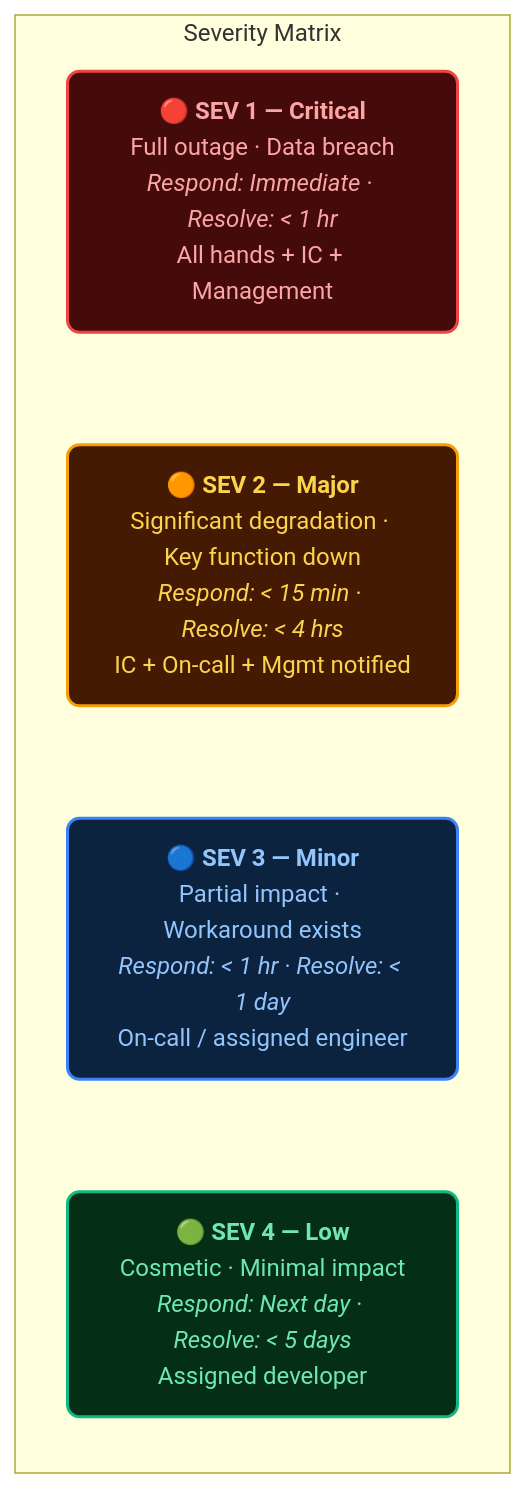
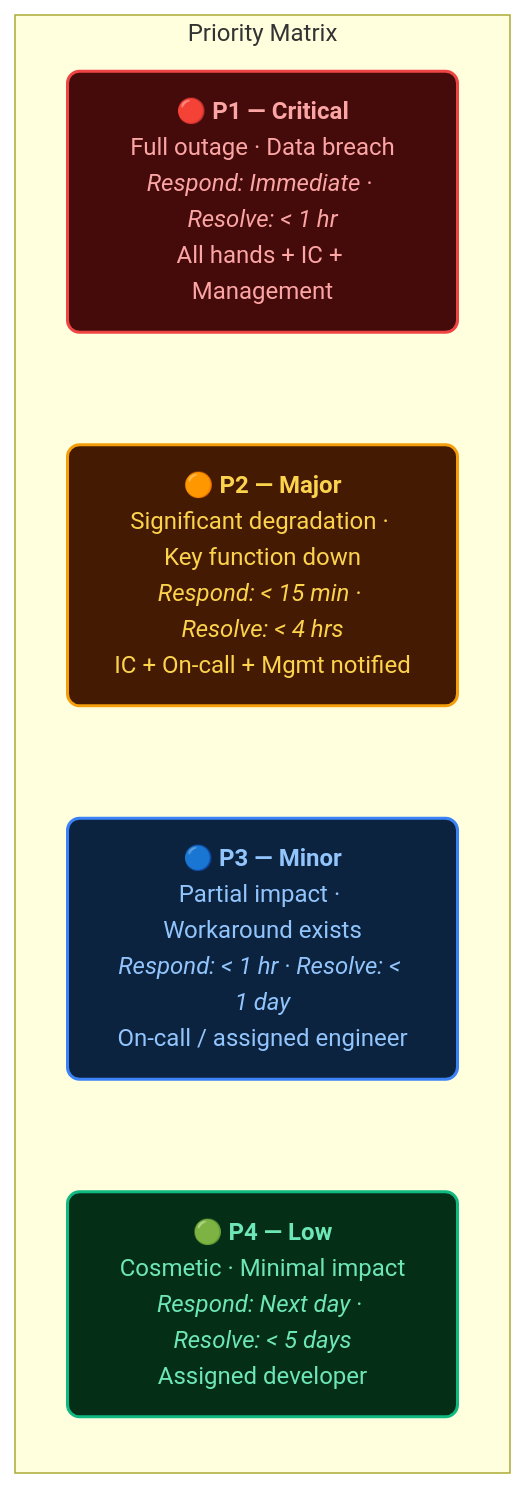
Before and after one commit to dsonerd/sharable: the third of 3 diagrams in solutions/incident-managment/swimlane-flow.md, drawn with Mermaid. The commit also changed other lines of this file and 5 other files, not shown here.

First line of the commit message:
Rename SEV to P (Priority) across all incident management files

````diff
--- a/solutions/incident-managment/swimlane-flow.md
+++ b/solutions/incident-managment/swimlane-flow.md
@@ -276,21 +276,21 @@
 ```mermaid
 flowchart LR
-    subgraph SEV["Severity Matrix"]
+    subgraph SEV["Priority Matrix"]
         direction TB
-        S1["🔴 <b>SEV 1 — Critical</b><br/>Full outage · Data breach<br/><i>Respond: Immediate · Resolve: < 1 hr</i><br/>All hands + IC + Management"]
-        S2["🟠 <b>SEV 2 — Major</b><br/>Significant degradation · Key function down<br/><i>Respond: < 15 min · Resolve: < 4 hrs</i><br/>IC + On-call + Mgmt notified"]
-        S3["🔵 <b>SEV 3 — Minor</b><br/>Partial impact · Workaround exists<br/><i>Respond: < 1 hr · Resolve: < 1 day</i><br/>On-call / assigned engineer"]
-        S4["🟢 <b>SEV 4 — Low</b><br/>Cosmetic · Minimal impact<br/><i>Respond: Next day · Resolve: < 5 days</i><br/>Assigned developer"]
+        S1["🔴 <b>P1 — Critical</b><br/>Full outage · Data breach<br/><i>Respond: Immediate · Resolve: < 1 hr</i><br/>All hands + IC + Management"]
+        S2["🟠 <b>P2 — Major</b><br/>Significant degradation · Key function down<br/><i>Respond: < 15 min · Resolve: < 4 hrs</i><br/>IC + On-call + Mgmt notified"]
+        S3["🔵 <b>P3 — Minor</b><br/>Partial impact · Workaround exists<br/><i>Respond: < 1 hr · Resolve: < 1 day</i><br/>On-call / assigned engineer"]
+        S4["🟢 <b>P4 — Low</b><br/>Cosmetic · Minimal impact<br/><i>Respond: Next day · Resolve: < 5 days</i><br/>Assigned developer"]
         S1 ~~~ S2 ~~~ S3 ~~~ S4
     end
 
     classDef sev1 fill:#450A0A,stroke:#EF4444,stroke-width:2px,color:#FCA5A5,rx:8
     classDef sev2 fill:#451A03,stroke:#F59E0B,stroke-width:2px,color:#FCD34D,rx:8
     classDef sev3 fill:#0C2340,stroke:#3B82F6,stroke-width:2px,color:#93C5FD,rx:8
     classDef sev4 fill:#052E16,stroke:#10B981,stroke-width:2px,color:#6EE7B7,rx:8
 
     class S1 sev1
     class S2 sev2
     class S3 sev3
     class S4 sev4
 ```
````
